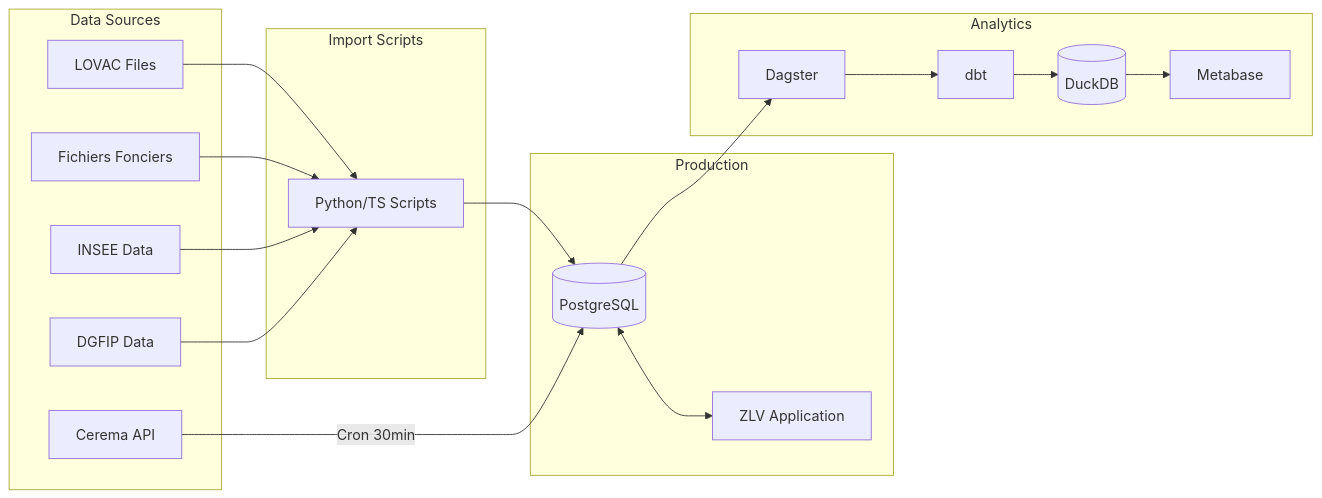
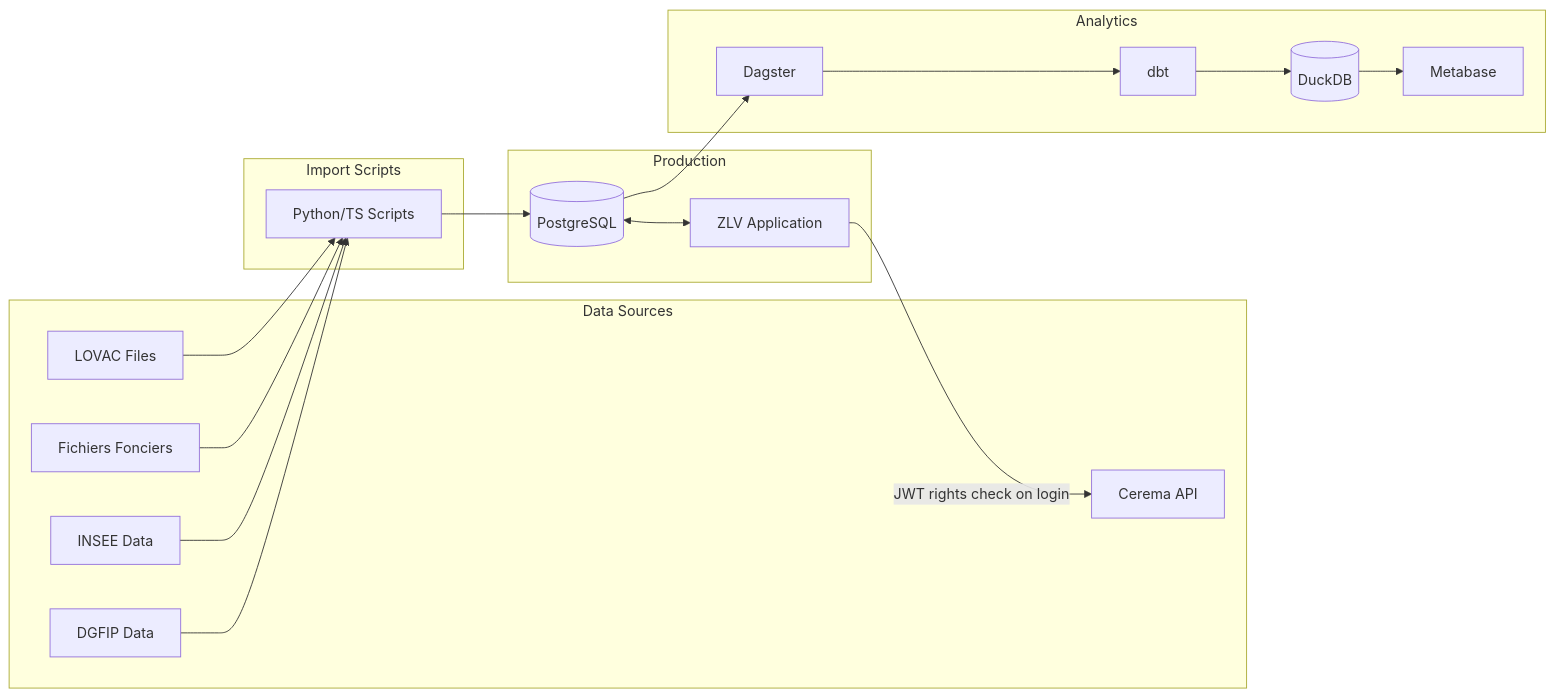
The third of 3 diagrams in docs/architecture/00-system-overview.md (MTES-MCT/zero-logement-vacant), drawn with Mermaid before and after one commit. The commit also changed other lines of this file and 8 other files, not shown here.

Commit message:
docs(cerema): remove stale cron procedures

````diff
--- a/docs/architecture/00-system-overview.md
+++ b/docs/architecture/00-system-overview.md
@@ -180,41 +180,40 @@
 ```mermaid
 flowchart LR
     subgraph Sources["Data Sources"]
         LOVAC[LOVAC Files]
         FF[Fichiers Fonciers]
         INSEE[INSEE Data]
         DGFIP[DGFIP Data]
         Cerema[Cerema API]
     end
 
     subgraph Import["Import Scripts"]
         Scripts[Python/TS Scripts]
     end
 
     subgraph Production["Production"]
         PG[(PostgreSQL)]
         App[ZLV Application]
     end
 
     subgraph Analytics["Analytics"]
         Dagster[Dagster]
         dbt[dbt]
         DuckDB[(DuckDB)]
         Metabase[Metabase]
     end
 
     LOVAC --> Scripts
     FF --> Scripts
     INSEE --> Scripts
     DGFIP --> Scripts
     Scripts --> PG
 
-    Cerema -->|Cron 30min| PG
-
     PG <--> App
+    App -->|JWT rights check on login| Cerema
 
     PG --> Dagster
     Dagster --> dbt
     dbt --> DuckDB
     DuckDB --> Metabase
 ```
````
